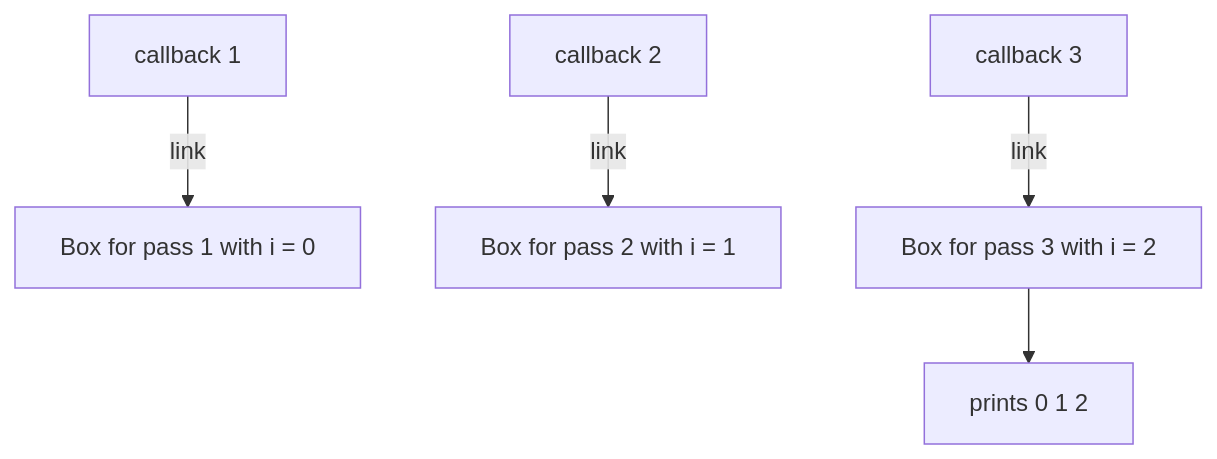
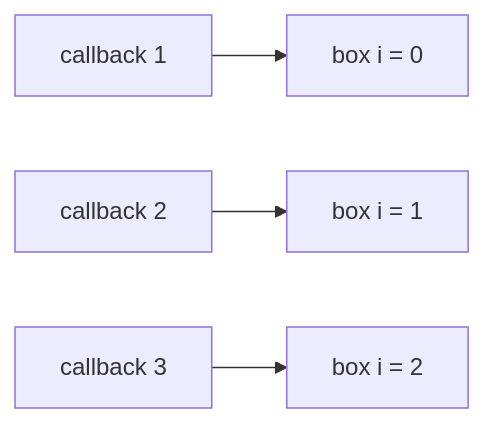
Before and after one commit to starjustice/research-material: the fourth of 4 diagrams in learn/javascript/05-closures.md, drawn with Mermaid. The commit also changed other lines of this file, not shown here.

````diff
--- a/learn/javascript/05-closures.md
+++ b/learn/javascript/05-closures.md
@@ -159,10 +223,6 @@
 ```mermaid
-graph TB
-    B1["Box for pass 1 with i = 0"]
-    B2["Box for pass 2 with i = 1"]
-    B3["Box for pass 3 with i = 2"]
-    C1["callback 1"] -->|link| B1
-    C2["callback 2"] -->|link| B2
-    C3["callback 3"] -->|link| B3
-    B3 --> R["prints 0 1 2"]
+graph LR
+    C1["callback 1"] --> B1["box i = 0"]
+    C2["callback 2"] --> B2["box i = 1"]
+    C3["callback 3"] --> B3["box i = 2"]
 ```
````
